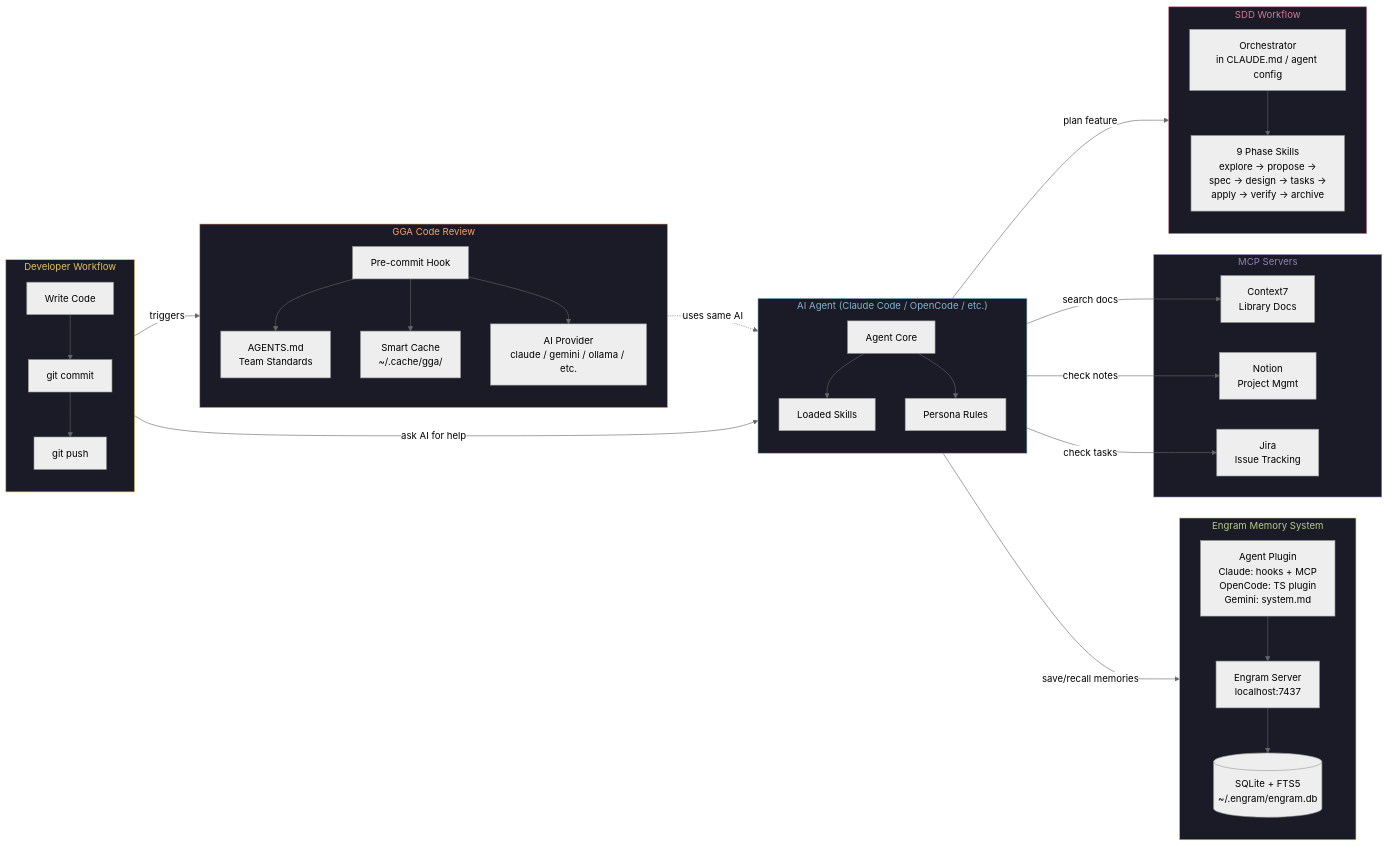
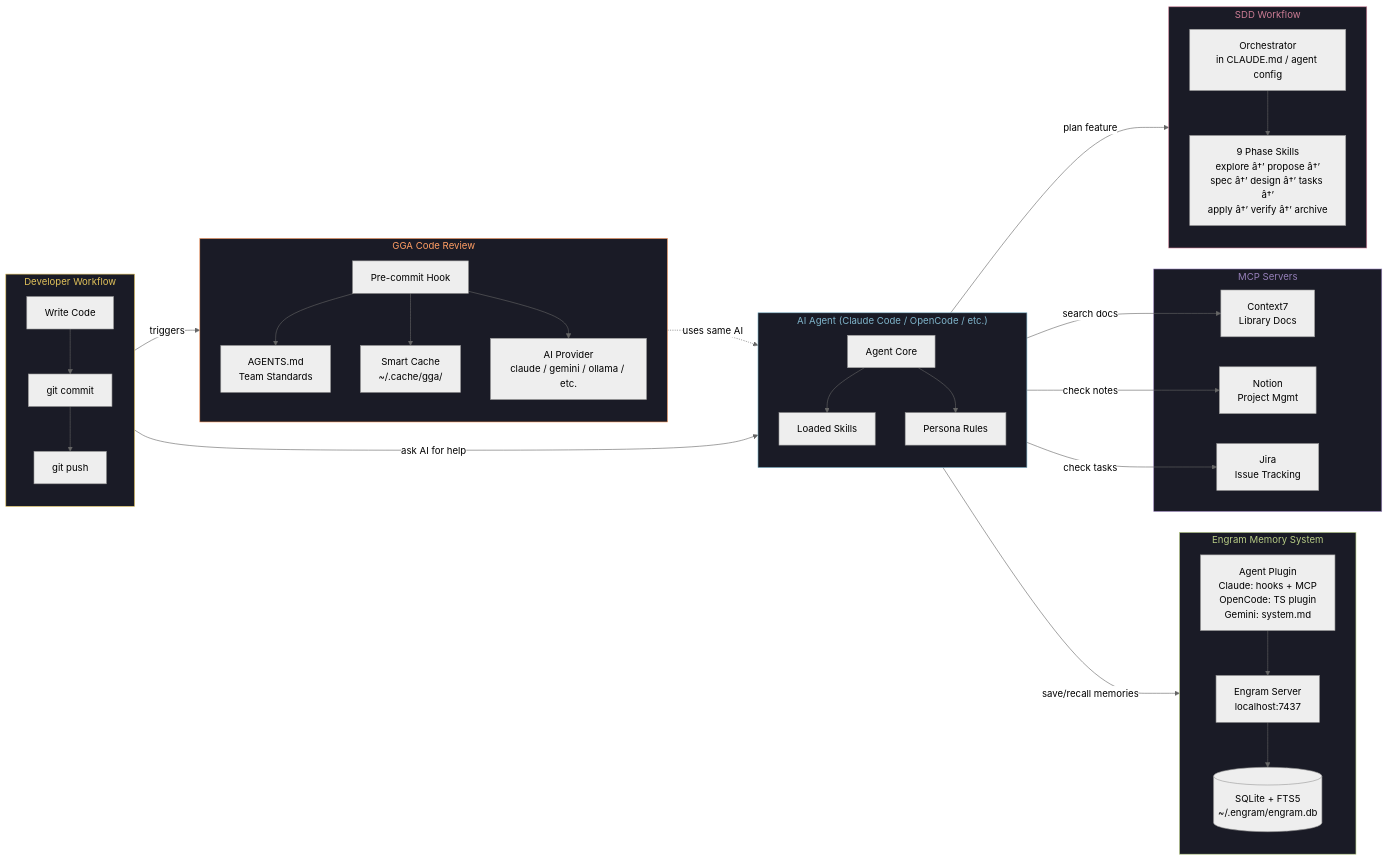
The second of 7 diagrams in PRD.md (jonsanchezr/agent-smith), drawn with Mermaid (neutral theme) before and after one commit. The commit also changed other lines of this file and 1247 other files, not shown here.

````diff
--- a/PRD.md
+++ b/PRD.md
@@ -659,66 +659,66 @@
 ```mermaid
 graph LR
     subgraph DEV_WORKFLOW["Developer Workflow"]
         direction TB
         CODE[Write Code] --> COMMIT[git commit]
         COMMIT --> PUSH[git push]
     end
 
     subgraph AGENT_LAYER["AI Agent (Claude Code / OpenCode / etc.)"]
         direction TB
         AGENT_CORE[Agent Core]
         AGENT_SKILLS[Loaded Skills]
         AGENT_PERSONA[Persona Rules]
         AGENT_CORE --> AGENT_SKILLS
         AGENT_CORE --> AGENT_PERSONA
     end
 
     subgraph MEMORY_LAYER["Engram Memory System"]
         direction TB
         MEM_PLUGIN[Agent Plugin<br/>Claude: hooks + MCP<br/>OpenCode: TS plugin<br/>Gemini: system.md]
         MEM_SERVER[Engram Server<br/>localhost:7437]
         MEM_DB[(SQLite + FTS5<br/>~/.engram/engram.db)]
         MEM_PLUGIN --> MEM_SERVER
         MEM_SERVER --> MEM_DB
     end
 
     subgraph MCP_LAYER["MCP Servers"]
         C7[Context7<br/>Library Docs]
         NOTION[Notion<br/>Project Mgmt]
         JIRA[Jira<br/>Issue Tracking]
     end
 
     subgraph SDD_LAYER["SDD Workflow"]
         direction TB
         SDD_ORCH[Orchestrator<br/>in CLAUDE.md / agent config]
-        SDD_SKILLS_2[9 Phase Skills<br/>explore → propose →<br/>spec → design → tasks →<br/>apply → verify → archive]
+        SDD_SKILLS_2[9 Phase Skills<br/>explore â†’ propose â†’<br/>spec â†’ design â†’ tasks â†’<br/>apply â†’ verify â†’ archive]
         SDD_ORCH --> SDD_SKILLS_2
     end
 
     subgraph GGA_LAYER["GGA Code Review"]
         direction TB
         GGA_HOOK[Pre-commit Hook]
         GGA_RULES[AGENTS.md<br/>Team Standards]
         GGA_CACHE[Smart Cache<br/>~/.cache/gga/]
         GGA_PROVIDER[AI Provider<br/>claude / gemini / ollama / etc.]
         GGA_HOOK --> GGA_RULES
         GGA_HOOK --> GGA_CACHE
         GGA_HOOK --> GGA_PROVIDER
     end
 
     CODE -->|"ask AI for help"| AGENT_CORE
     AGENT_CORE -->|"search docs"| C7
     AGENT_CORE -->|"check tasks"| JIRA
     AGENT_CORE -->|"check notes"| NOTION
     AGENT_CORE -->|"save/recall memories"| MEM_PLUGIN
     AGENT_CORE -->|"plan feature"| SDD_ORCH
     COMMIT -->|"triggers"| GGA_HOOK
     GGA_PROVIDER -.->|"uses same AI"| AGENT_CORE
 
     style DEV_WORKFLOW fill:#1a1b26,stroke:#E0C15A,color:#E0C15A
     style AGENT_LAYER fill:#1a1b26,stroke:#7FB4CA,color:#7FB4CA
     style MEMORY_LAYER fill:#1a1b26,stroke:#B7CC85,color:#B7CC85
     style MCP_LAYER fill:#1a1b26,stroke:#957FB8,color:#957FB8
     style SDD_LAYER fill:#1a1b26,stroke:#CB7C94,color:#CB7C94
     style GGA_LAYER fill:#1a1b26,stroke:#FF9E64,color:#FF9E64
 ```
````
